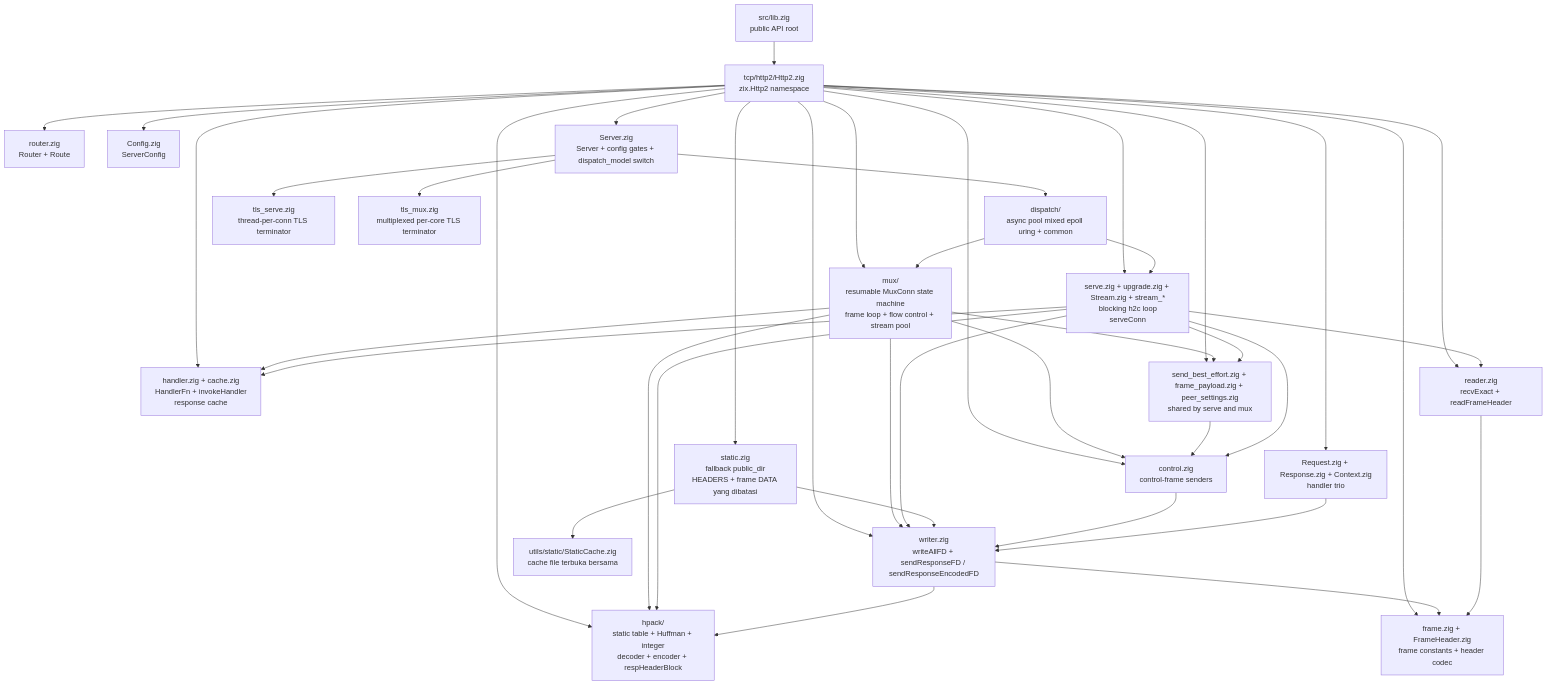
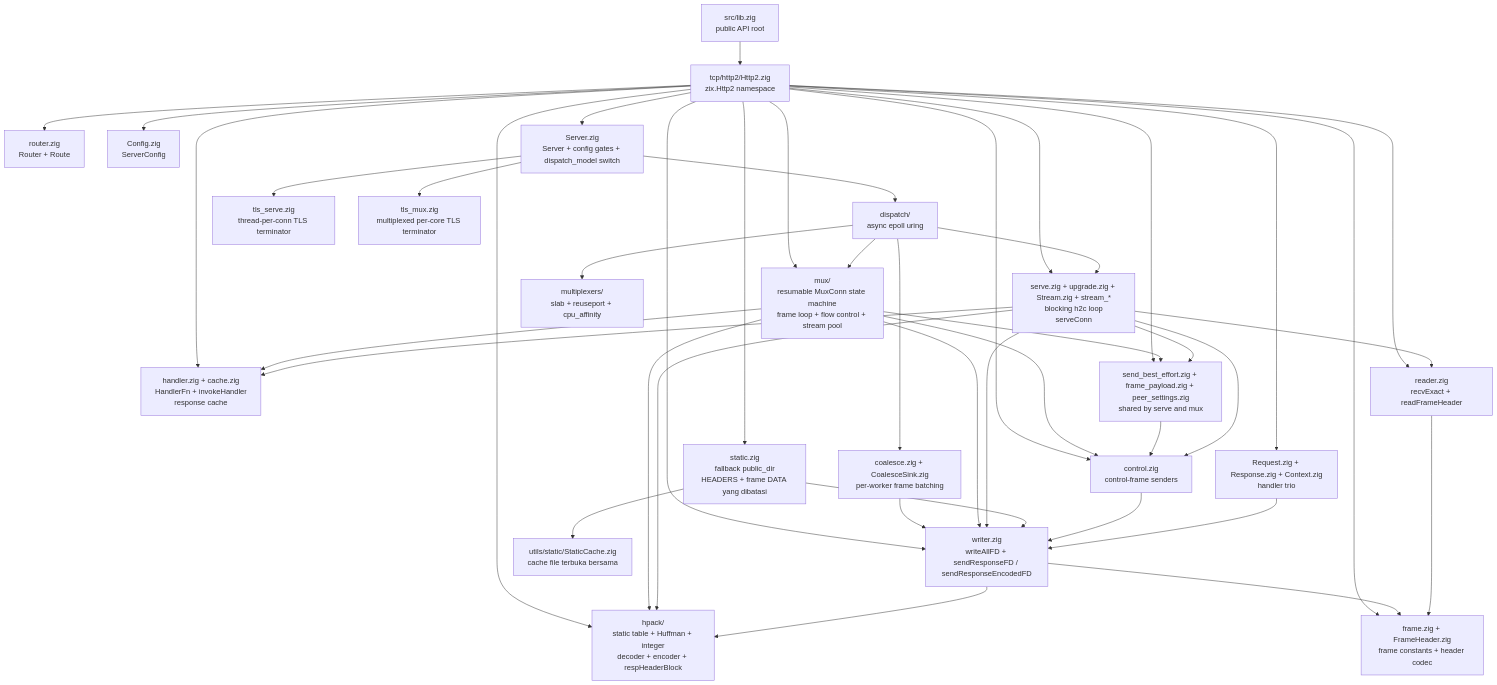
Before and after one commit to prothegee/zix: the third of 5 diagrams in docs/hld-http2-id.md, drawn with Mermaid. The commit also changed other lines of this file, not shown here.

````diff
--- a/docs/hld-http2-id.md
+++ b/docs/hld-http2-id.md
@@ -95,45 +97,48 @@
 ```mermaid
 graph TD
     zix["src/lib.zig\npublic API root"] --> Http2["tcp/http2/Http2.zig\nzix.Http2 namespace"]
 
     Http2 --> core["serve.zig + upgrade.zig + Stream.zig + stream_*\nblocking h2c loop\nserveConn"]
     Http2 --> handler["handler.zig + cache.zig\nHandlerFn + invokeHandler\nresponse cache"]
     Http2 --> router["router.zig\nRouter + Route"]
     Http2 --> mux["mux/\nresumable MuxConn state machine\nframe loop + flow control + stream pool"]
     Http2 --> shared["send_best_effort.zig + frame_payload.zig + peer_settings.zig\nshared by serve and mux"]
     Http2 --> frame["frame.zig + FrameHeader.zig\nframe constants + header codec"]
     Http2 --> writer["writer.zig\nwriteAllFD + sendResponseFD / sendResponseEncodedFD"]
     Http2 --> reader["reader.zig\nrecvExact + readFrameHeader"]
     Http2 --> control["control.zig\ncontrol-frame senders"]
     Http2 --> hpack["hpack/\nstatic table + Huffman + integer\ndecoder + encoder + respHeaderBlock"]
     Http2 --> config["Config.zig\nServerConfig"]
     Http2 --> types["Request.zig + Response.zig + Context.zig\nhandler trio"]
     Http2 --> server["Server.zig\nServer + config gates + dispatch_model switch"]
     Http2 --> static["static.zig\nfallback public_dir\nHEADERS + frame DATA yang dibatasi"]
 
-    server --> dispatch["dispatch/\nasync pool mixed epoll uring + common"]
+    server --> dispatch["dispatch/\nasync epoll uring"]
     server --> tls_serve["tls_serve.zig\nthread-per-conn TLS terminator"]
     server --> tls_mux["tls_mux.zig\nmultiplexed per-core TLS terminator"]
 
     dispatch --> core
     dispatch --> mux
+    dispatch --> coalesce["coalesce.zig + CoalesceSink.zig\nper-worker frame batching"]
+    dispatch --> multiplexers["multiplexers/\nslab + reuseport + cpu_affinity"]
+    coalesce --> writer
     mux --> writer
     mux --> control
     mux --> hpack
     mux --> handler
     mux --> shared
     core --> shared
     shared --> control
     core --> reader
     core --> writer
     core --> control
     core --> hpack
     core --> handler
     static --> writer
     writer --> frame
     writer --> hpack
     reader --> frame
     control --> writer
     types --> writer
     static --> static_cache["utils/static/StaticCache.zig\ncache file terbuka bersama"]
 ```
````
